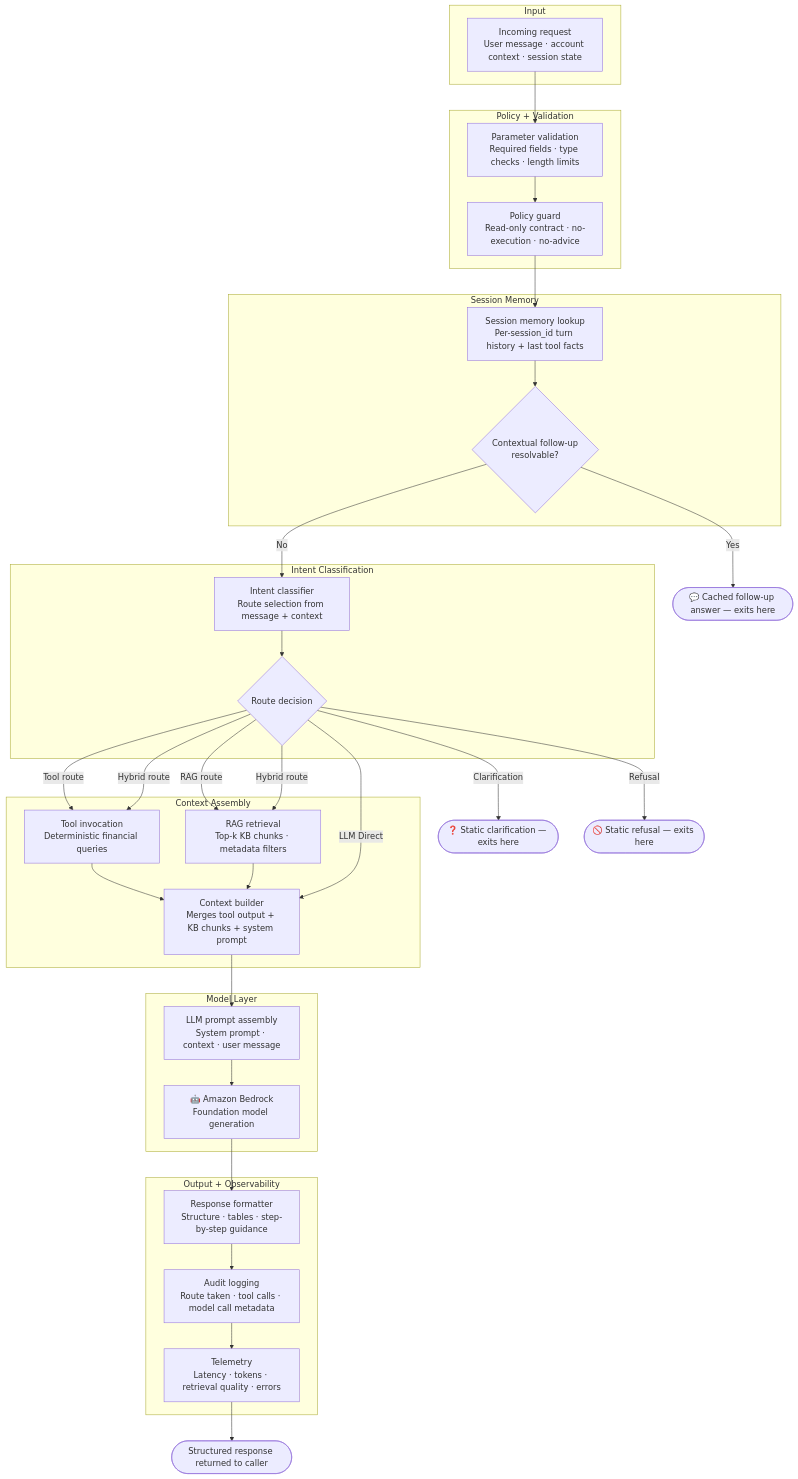
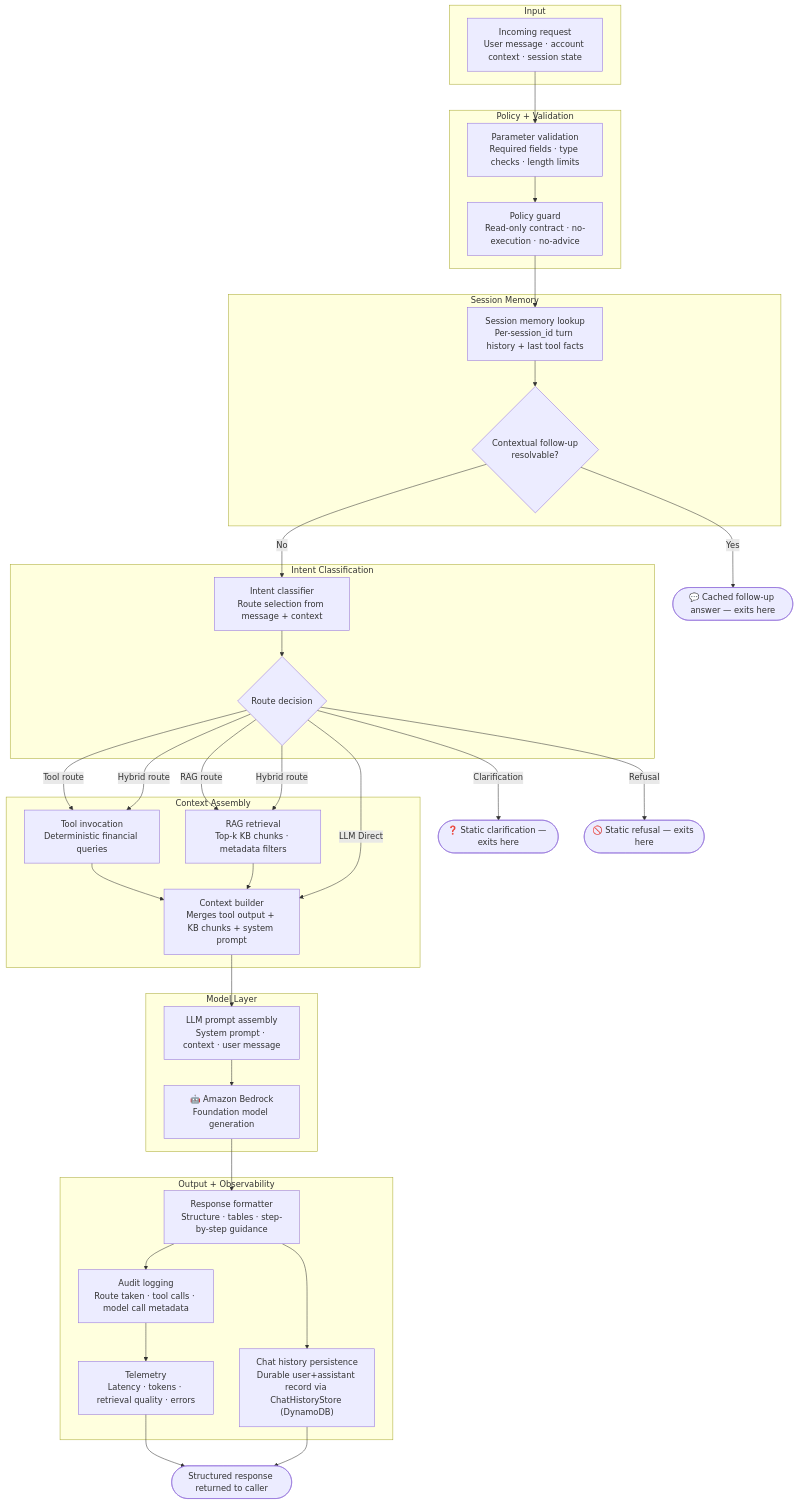
Before and after one commit to ot-squaynor/Payjack-AI-Companion: the diagram in documentation/03-orchestrator-workflow.md, drawn with Mermaid. The commit also changed other lines of this file and 6 other files, not shown here.

````diff
--- a/documentation/03-orchestrator-workflow.md
+++ b/documentation/03-orchestrator-workflow.md
@@ -7,62 +7,65 @@
 ```mermaid
 flowchart TD
     subgraph INPUT ["Input"]
         A["Incoming request\nUser message · account context · session state"]
     end
 
     subgraph GUARD ["Policy + Validation"]
         B["Parameter validation\nRequired fields · type checks · length limits"]
         C["Policy guard\nRead-only contract · no-execution · no-advice"]
         B --> C
     end
 
     subgraph MEMORY ["Session Memory"]
         SM["Session memory lookup\nPer-session_id turn history + last tool facts"]
         SF{"Contextual follow-up\nresolvable?"}
         SM --> SF
     end
 
     subgraph CLASSIFY ["Intent Classification"]
         D["Intent classifier\nRoute selection from message + context"]
         E{"Route decision"}
         D --> E
     end
 
     subgraph CONTEXT ["Context Assembly"]
         F["Tool invocation\nDeterministic financial queries"]
         G["RAG retrieval\nTop-k KB chunks · metadata filters"]
         H["Context builder\nMerges tool output + KB chunks + system prompt"]
         F --> H
         G --> H
     end
 
     subgraph MODEL ["Model Layer"]
         I["LLM prompt assembly\nSystem prompt · context · user message"]
         J["🤖 Amazon Bedrock\nFoundation model generation"]
         I --> J
     end
 
     subgraph OUTPUT ["Output + Observability"]
         K["Response formatter\nStructure · tables · step-by-step guidance"]
         L["Audit logging\nRoute taken · tool calls · model call metadata"]
         M["Telemetry\nLatency · tokens · retrieval quality · errors"]
+        PERSIST["Chat history persistence\nDurable user+assistant record via ChatHistoryStore (DynamoDB)"]
         K --> L --> M
+        K --> PERSIST
     end
 
     A --> B
     C --> SM
 
     SF -->|Yes| SR(["💬 Cached follow-up answer — exits here"])
     SF -->|No| D
 
     E -->|Tool route| F
     E -->|RAG route| G
     E -->|Hybrid route| F & G
     E -->|LLM Direct| H
     E -->|Clarification| N(["❓ Static clarification — exits here"])
     E -->|Refusal| O(["🚫 Static refusal — exits here"])
 
     H --> I
     J --> K
     M --> P(["Structured response returned to caller"])
+    PERSIST --> P
 ```
````
